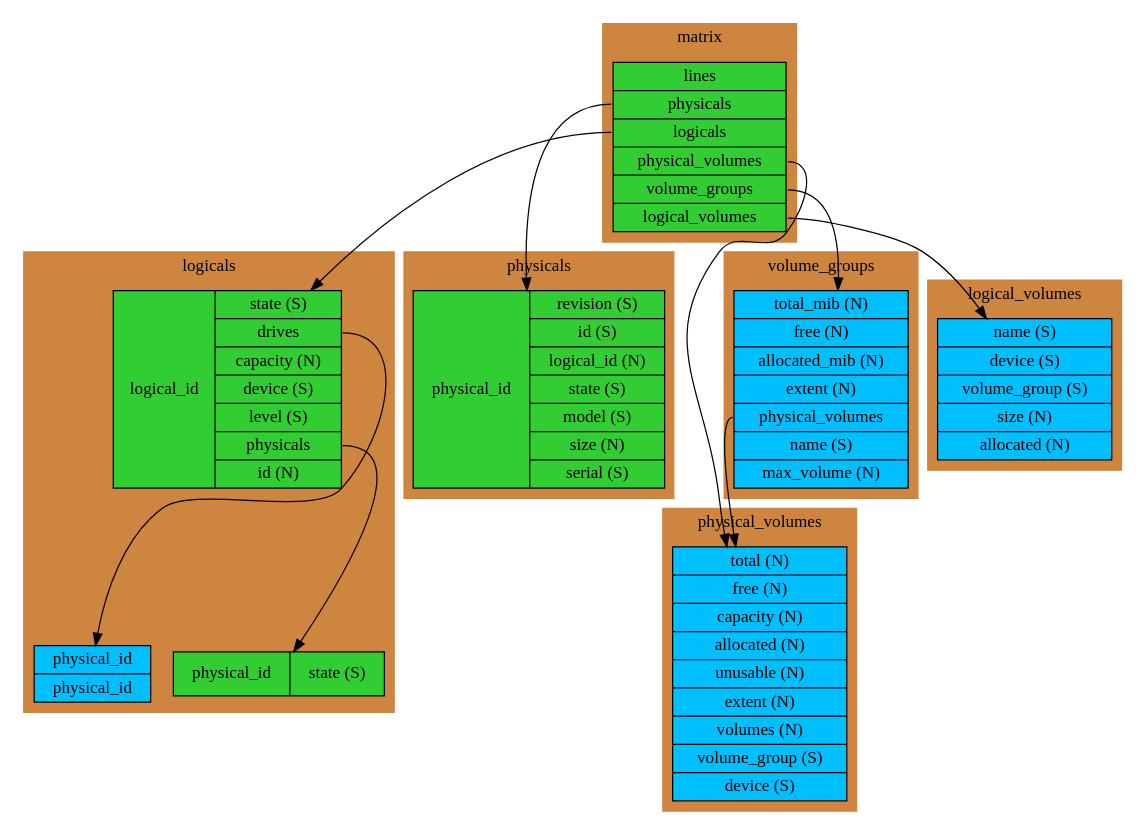
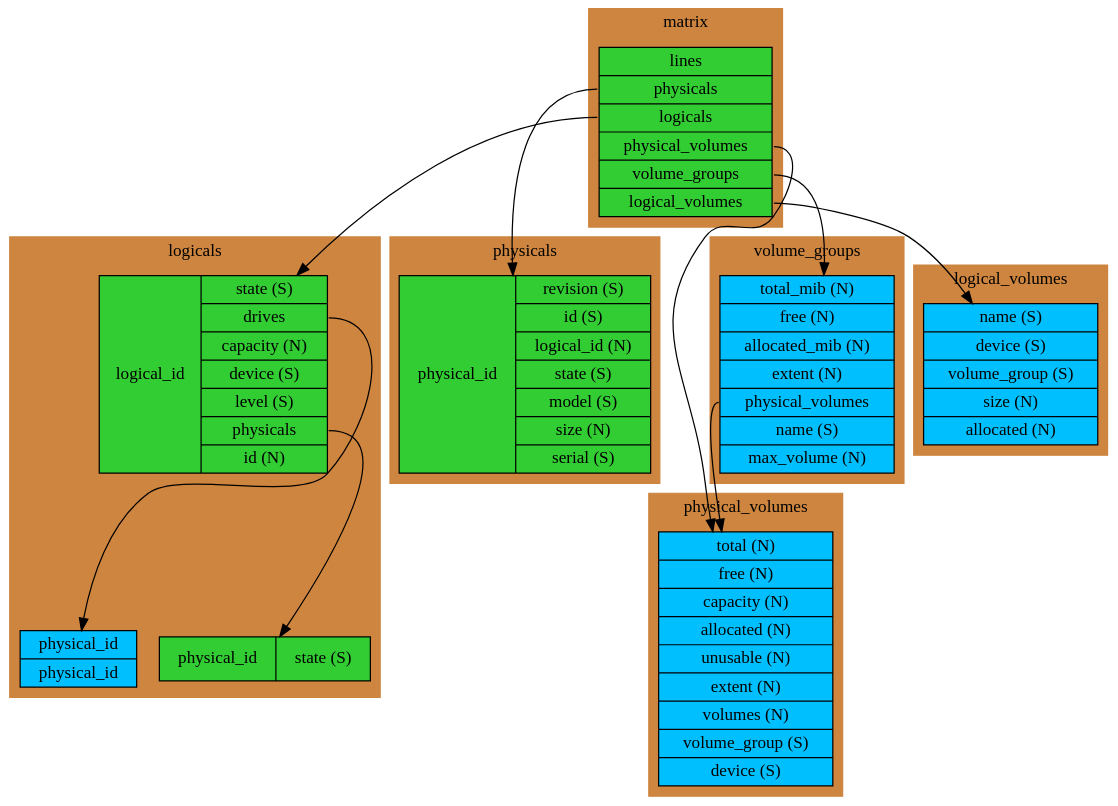
Before and after one commit to ETegro/OpenSAN: the diagram in docs/luci/description_matrix.dot, drawn with Graphviz. The commit also changed 1 other file, not shown here.

Commit message:
Transparent images background Signed-off-by: Sergey Matveev <stargrave@stargrave.org>

```diff
--- a/docs/luci/description_matrix.dot
+++ b/docs/luci/description_matrix.dot
@@ -1,47 +1,48 @@
 digraph {
 	node [ shape = "record", style = "filled" ];
 	style = "filled";
 	color = "peru";
+	bgcolor = "transparent";
 
 	subgraph cluster_matrix {
 		label = "matrix";
 
 		node_matrix [ label = "{ <lines>lines | <physicals>physicals | <logicals>logicals | <physical_volumes>physical_volumes | <volume_groups>volume_groups | <logical_volumes>logical_volumes }", fillcolor = "limegreen" ];
 	}
 	subgraph cluster_logicals {
 		label = "logicals";
 
 		node_logicals [ label = "logical_id | { state (S) | <drives>drives | capacity (N) | device (S) | level (S) | <physicals>physicals | id (N) }", fillcolor = "limegreen" ];
 		node_logicals_drives [ label = "{ physical_id | physical_id }", fillcolor = "deepskyblue" ];
 		node_logicals_physicals [ label = "physical_id | state (S)", fillcolor = "limegreen" ];
 		node_logicals:drives -> node_logicals_drives;
 		node_logicals:physicals -> node_logicals_physicals;
 	}
 	subgraph cluster_physicals {
 		label = "physicals";
 
 		node_physicals [ label = "physical_id | { revision (S) | id (S) | logical_id (N) | state (S) | model (S) | size (N) | serial (S) }", fillcolor = "limegreen" ];
 	}
 	subgraph cluster_physical_volumes {
 		label = "physical_volumes";
 
 		node_physical_volumes [ label = "{ total (N) | free (N) | capacity (N) | allocated (N) | unusable (N) | extent (N) | volumes (N) | volume_group (S) | device (S) }", fillcolor = "deepskyblue" ];
 	}
 	subgraph cluster_volume_groups {
 		label = "volume_groups";
 
 		node_volume_groups [ label = "{ total_mib (N) | free (N) | allocated_mib (N) | extent (N) | <physical_volumes>physical_volumes | name (S) | max_volume (N) }", fillcolor = "deepskyblue" ];
 		node_volume_groups:physical_volumes -> node_physical_volumes;
 	}
 	subgraph cluster_logical_volumes {
 		label = "logical_volumes";
 
 		node_logical_volumes [ label = "{ name (S) | device (S) | volume_group (S) | size (N) | allocated (N) }", fillcolor = "deepskyblue" ];
 	}
 
 	node_matrix:logicals -> node_logicals;
 	node_matrix:physicals -> node_physicals;
 	node_matrix:physical_volumes -> node_physical_volumes;
 	node_matrix:volume_groups -> node_volume_groups;
 	node_matrix:logical_volumes -> node_logical_volumes;
 }
```
